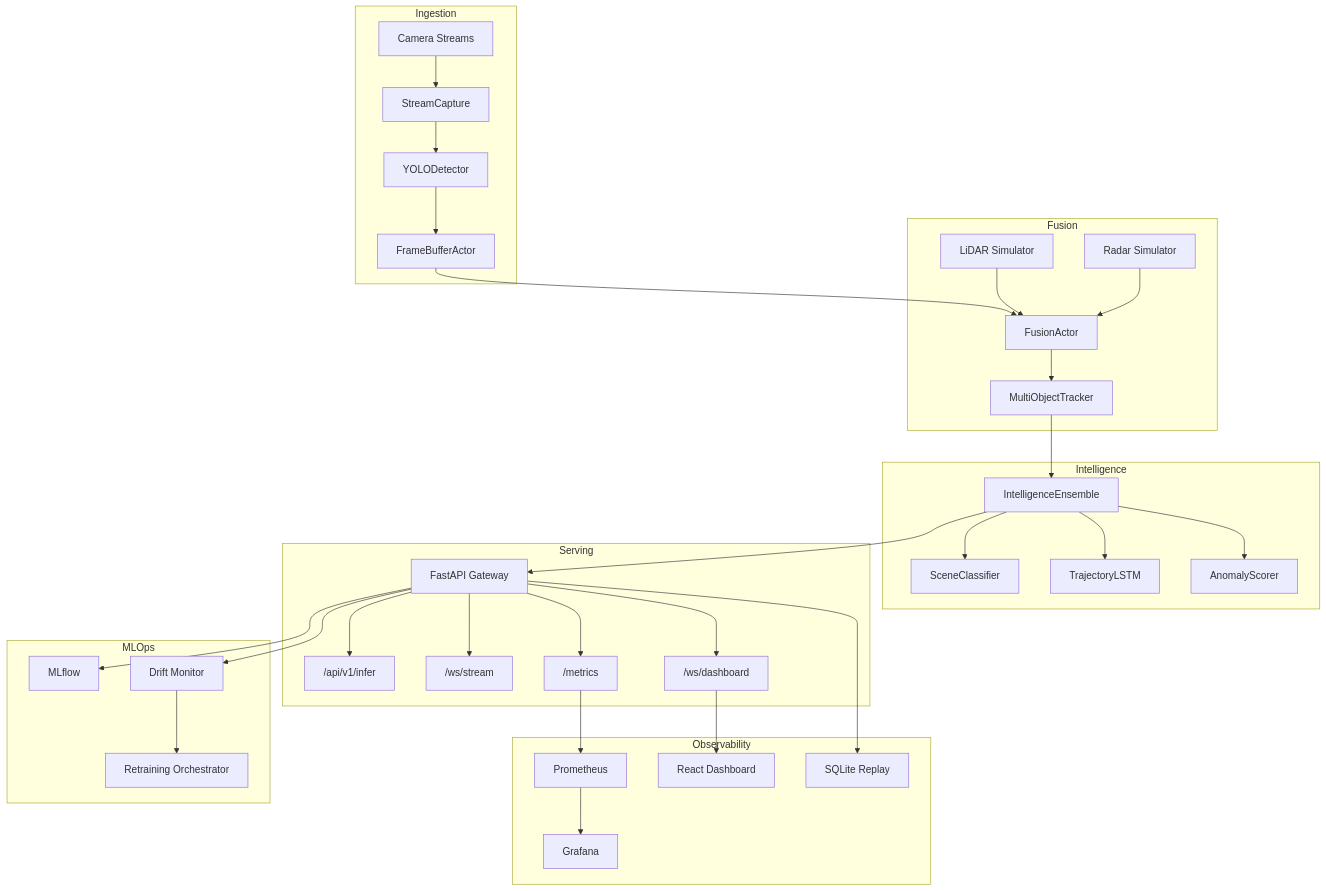
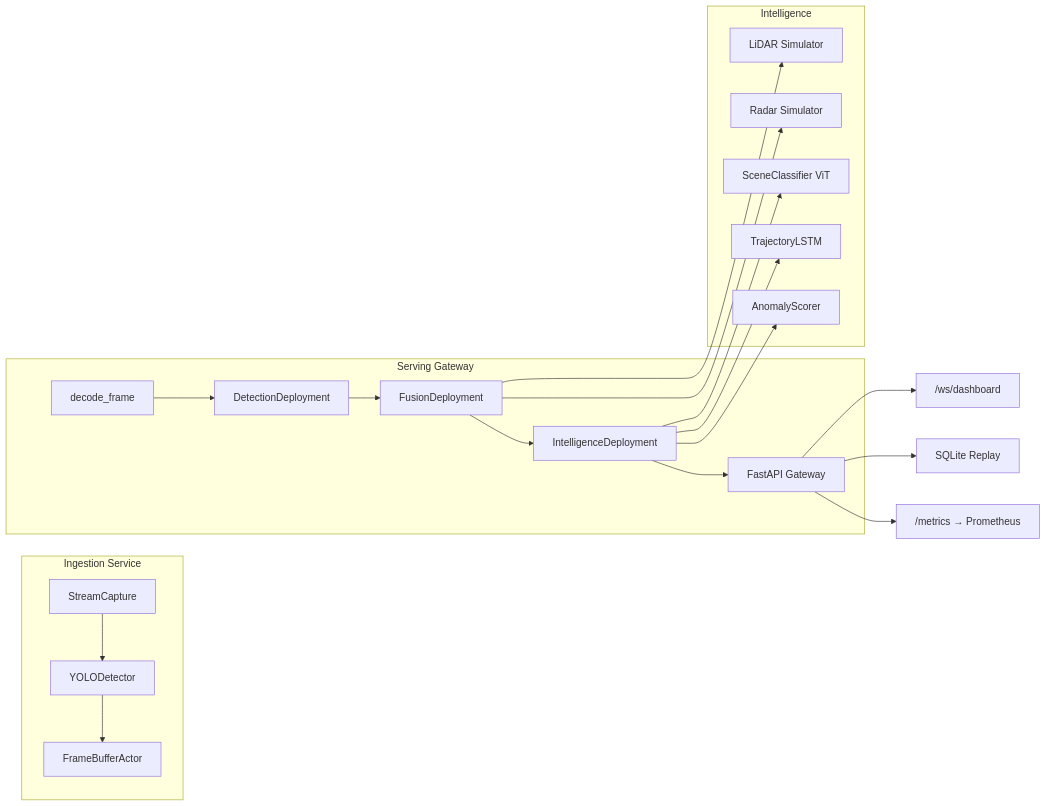
The third of 3 diagrams in README.md (hamidmatiny/NEXUS-CV), drawn with Mermaid before and after one commit. The commit also changed other lines of this file and 7 other files, not shown here.

````diff
--- a/README.md
+++ b/README.md
@@ -31,43 +111,26 @@
 ```mermaid
-flowchart TB
-    subgraph Ingestion
-        CAM[Camera Streams] --> SC[StreamCapture]
-        SC --> YOLO[YOLODetector]
+flowchart LR
+    subgraph Ingestion Service
+        SC[StreamCapture] --> YOLO[YOLODetector]
         YOLO --> FB[FrameBufferActor]
     end
 
-    subgraph Fusion
-        FB --> FA[FusionActor]
-        LIDAR[LiDAR Simulator] --> FA
-        RADAR[Radar Simulator] --> FA
-        FA --> KAL[MultiObjectTracker]
+    subgraph Serving Gateway
+        DEC[decode_frame] --> DET[DetectionDeployment]
+        DET --> FUS[FusionDeployment]
+        FUS --> INT[IntelligenceDeployment]
+        INT --> GW[FastAPI Gateway]
     end
 
     subgraph Intelligence
-        KAL --> IE[IntelligenceEnsemble]
-        IE --> SCN[SceneClassifier]
-        IE --> TRJ[TrajectoryLSTM]
-        IE --> ANO[AnomalyScorer]
+        FUS --> LIDAR[LiDAR Simulator]
+        FUS --> RADAR[Radar Simulator]
+        INT --> SCN[SceneClassifier ViT]
+        INT --> TRJ[TrajectoryLSTM]
+        INT --> ANO[AnomalyScorer]
     end
 
-    subgraph Serving
-        IE --> GW[FastAPI Gateway]
-        GW --> REST["/api/v1/infer"]
-        GW --> WS["/ws/stream"]
-        GW --> DASH["/ws/dashboard"]
-        GW --> MET["/metrics"]
-    end
-
-    subgraph Observability
-        MET --> PROM[Prometheus]
-        PROM --> GRAF[Grafana]
-        DASH --> UI[React Dashboard]
-        GW --> REPLAY[SQLite Replay]
-    end
-
-    subgraph MLOps
-        GW --> MLF[MLflow]
-        GW --> DRIFT[Drift Monitor]
-        DRIFT --> RETRAIN[Retraining Orchestrator]
-    end
+    GW --> DASH["/ws/dashboard"]
+    GW --> REPLAY["SQLite Replay"]
+    GW --> MET["/metrics → Prometheus"]
 ```
````
